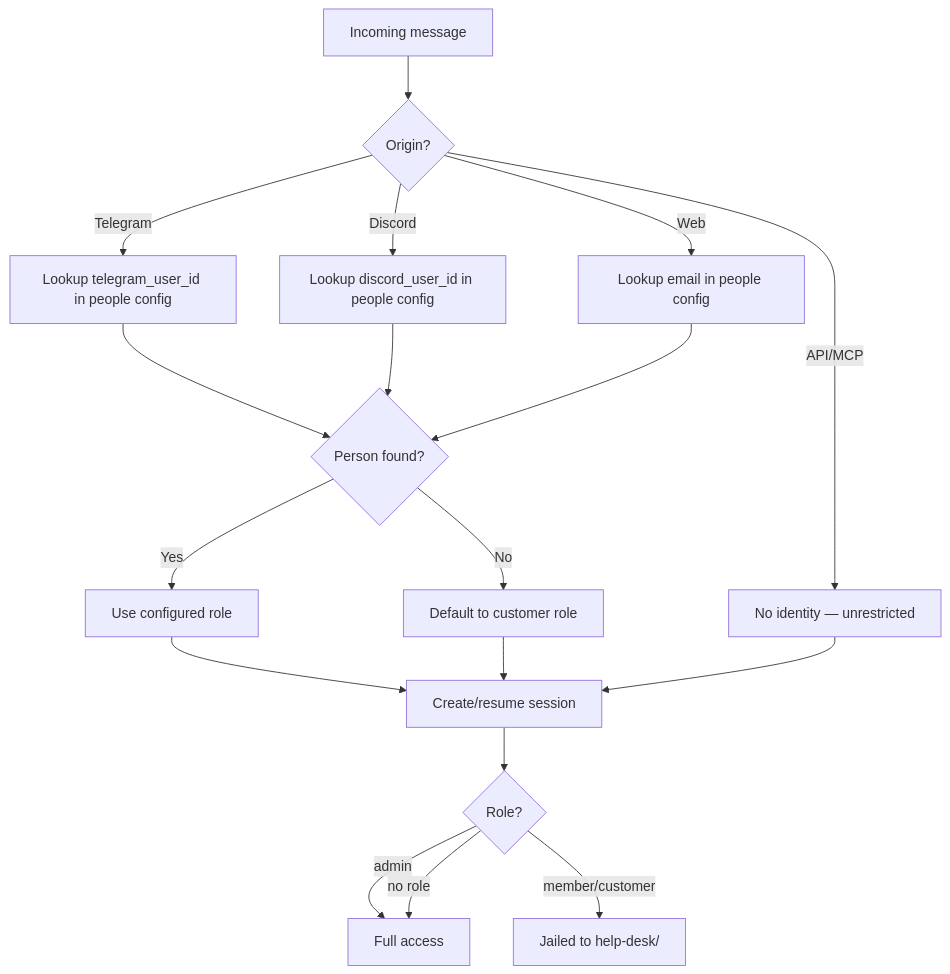
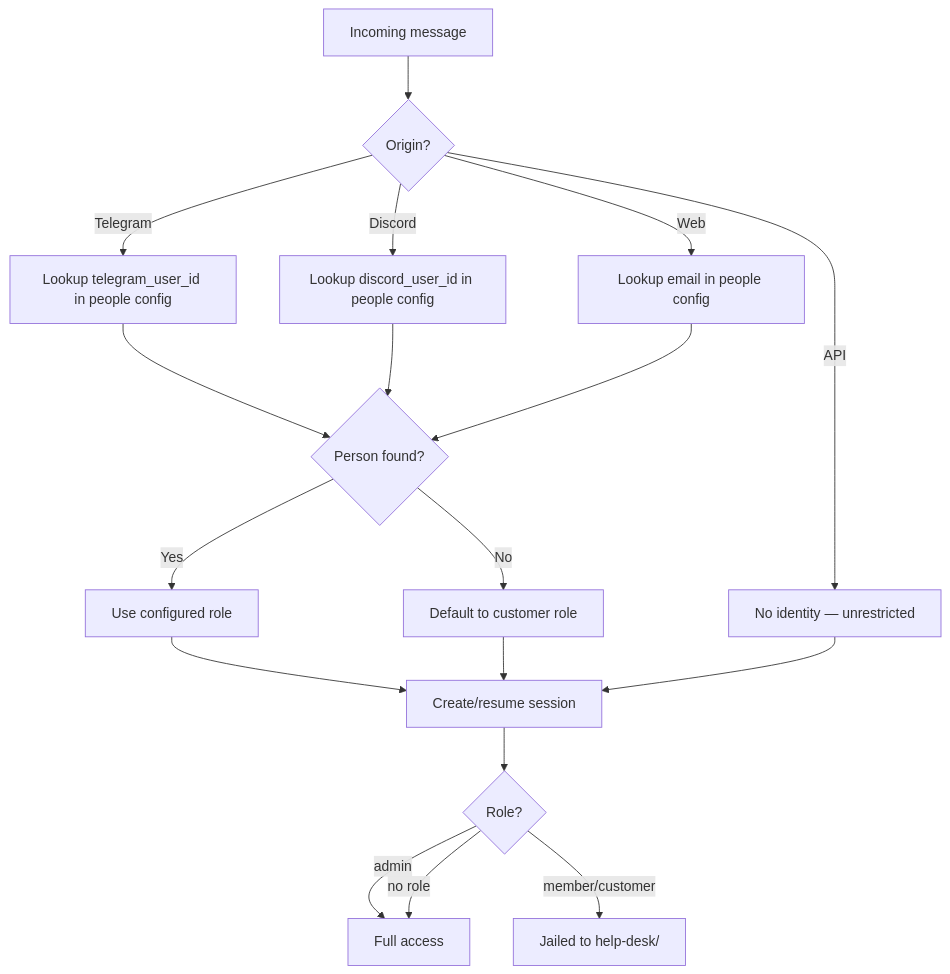
The first of 11 diagrams in docs/project/design/architecture/help-desk-platform.md (InstruktAI/TeleClaude), drawn with Mermaid before and after one commit. The commit also changed other lines of this file, not shown here.

First line of the commit message:
docs(architecture): remove MCP terminology from help desk flow

````diff
--- a/docs/project/design/architecture/help-desk-platform.md
+++ b/docs/project/design/architecture/help-desk-platform.md
@@ -163,24 +163,24 @@
 ```mermaid
 flowchart TD
     MSG[Incoming message] --> ORIGIN{Origin?}
     ORIGIN -->|Telegram| TG_LOOKUP[Lookup telegram_user_id in people config]
     ORIGIN -->|Discord| DC_LOOKUP[Lookup discord_user_id in people config]
     ORIGIN -->|Web| WEB_LOOKUP[Lookup email in people config]
-    ORIGIN -->|API/MCP| API[No identity — unrestricted]
+    ORIGIN -->|API| API[No identity — unrestricted]
 
     TG_LOOKUP --> FOUND{Person found?}
     DC_LOOKUP --> FOUND
     WEB_LOOKUP --> FOUND
 
     FOUND -->|Yes| ROLE[Use configured role]
     FOUND -->|No| DEFAULT[Default to customer role]
 
     ROLE --> SESSION[Create/resume session]
     DEFAULT --> SESSION
     API --> SESSION
 
     SESSION --> JAIL{Role?}
     JAIL -->|admin| UNRESTRICTED[Full access]
     JAIL -->|member/customer| HELP_DESK[Jailed to help-desk/]
     JAIL -->|no role| UNRESTRICTED
 ```
````
